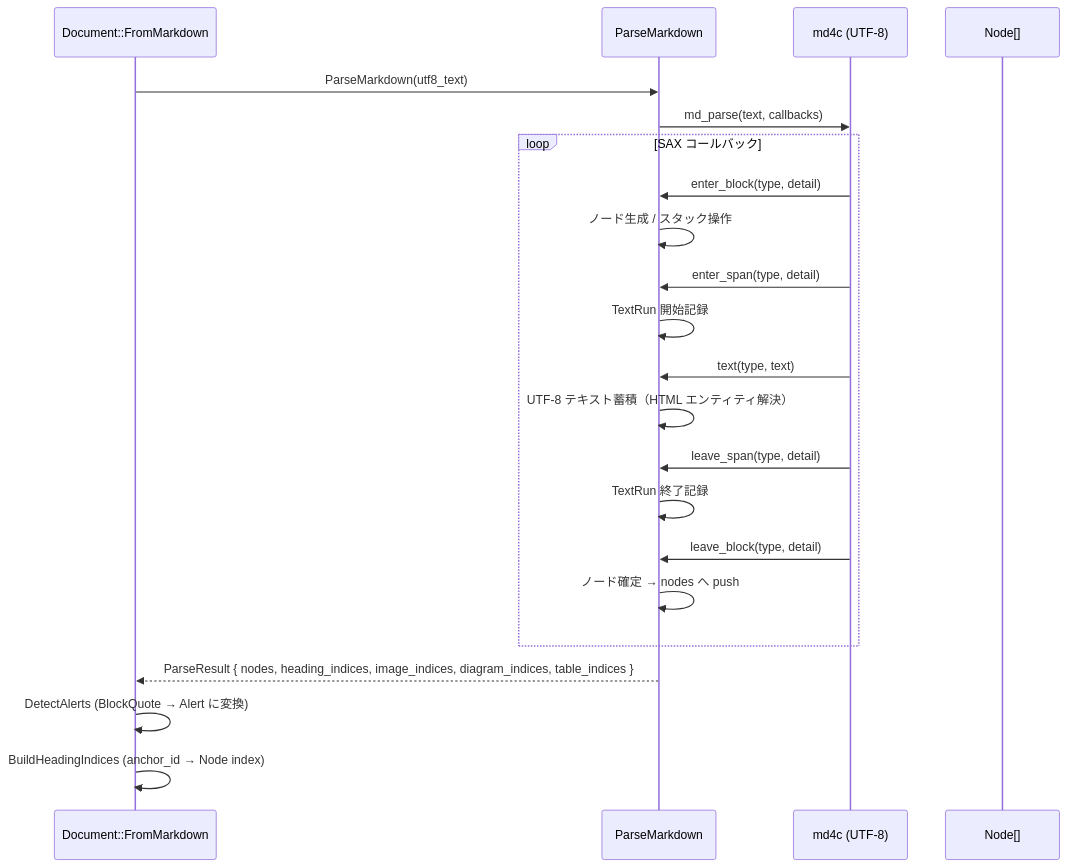
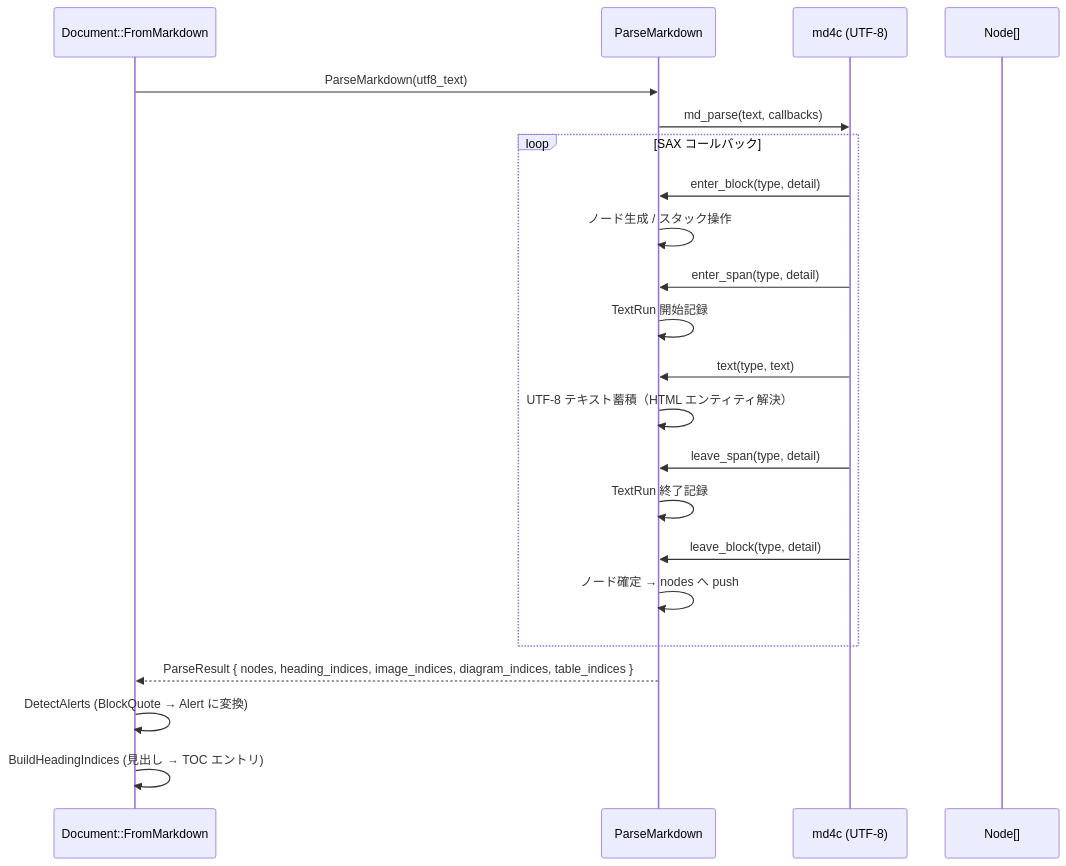
The sixth of 27 diagrams in example/test.md (tanaton/mendo), drawn with Mermaid before and after one commit. The commit also changed other lines of this file and 149 other files, not shown here.

````diff
--- a/example/test.md
+++ b/example/test.md
@@ -800,25 +799,25 @@
 ```mermaid
 sequenceDiagram
     participant DOC as Document::FromMarkdown
     participant P as ParseMarkdown
     participant MD as md4c (UTF-8)
     participant N as Node[]
 
     DOC->>P: ParseMarkdown(utf8_text)
     P->>MD: md_parse(text, callbacks)
     loop SAX コールバック
         MD->>P: enter_block(type, detail)
         P->>P: ノード生成 / スタック操作
         MD->>P: enter_span(type, detail)
         P->>P: TextRun 開始記録
         MD->>P: text(type, text)
         P->>P: UTF-8 テキスト蓄積（HTML エンティティ解決）
         MD->>P: leave_span(type, detail)
         P->>P: TextRun 終了記録
         MD->>P: leave_block(type, detail)
         P->>P: ノード確定 → nodes へ push
     end
     P-->>DOC: ParseResult { nodes, heading_indices, image_indices, diagram_indices, table_indices }
     DOC->>DOC: DetectAlerts (BlockQuote → Alert に変換)
-    DOC->>DOC: BuildHeadingIndices (anchor_id → Node index)
+    DOC->>DOC: BuildHeadingIndices (見出し → TOC エントリ)
 ```
````
